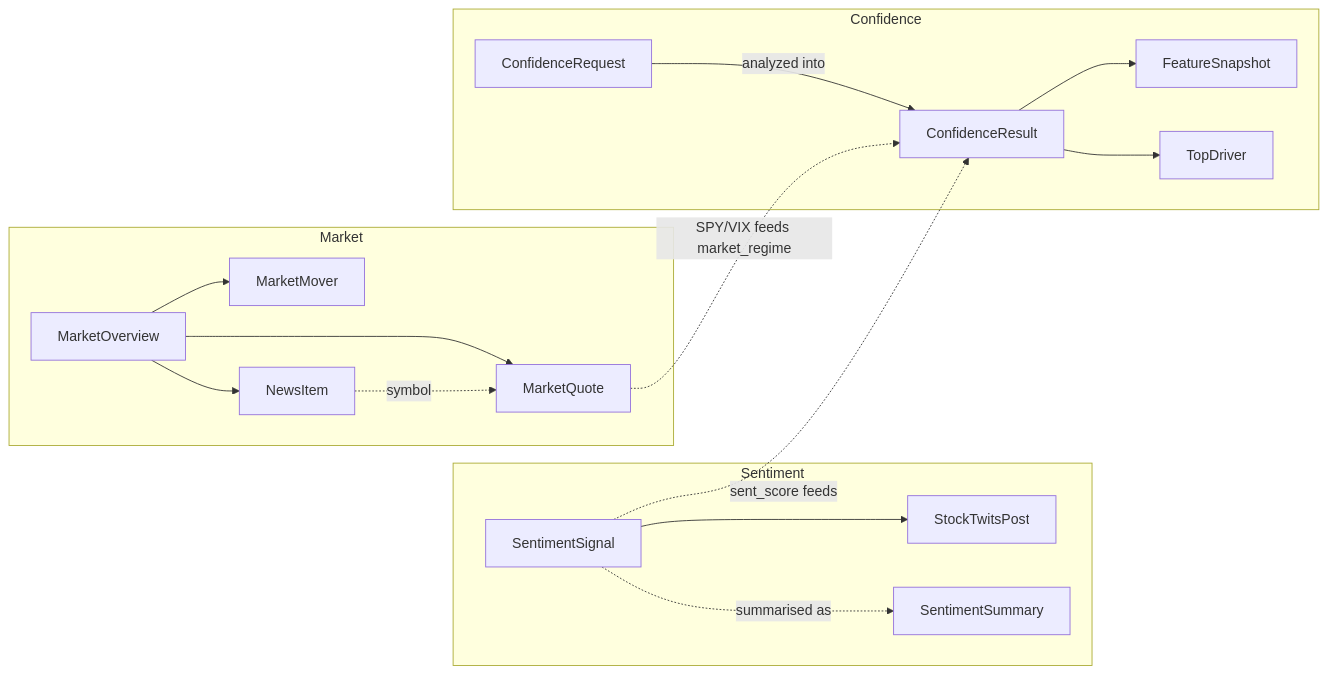
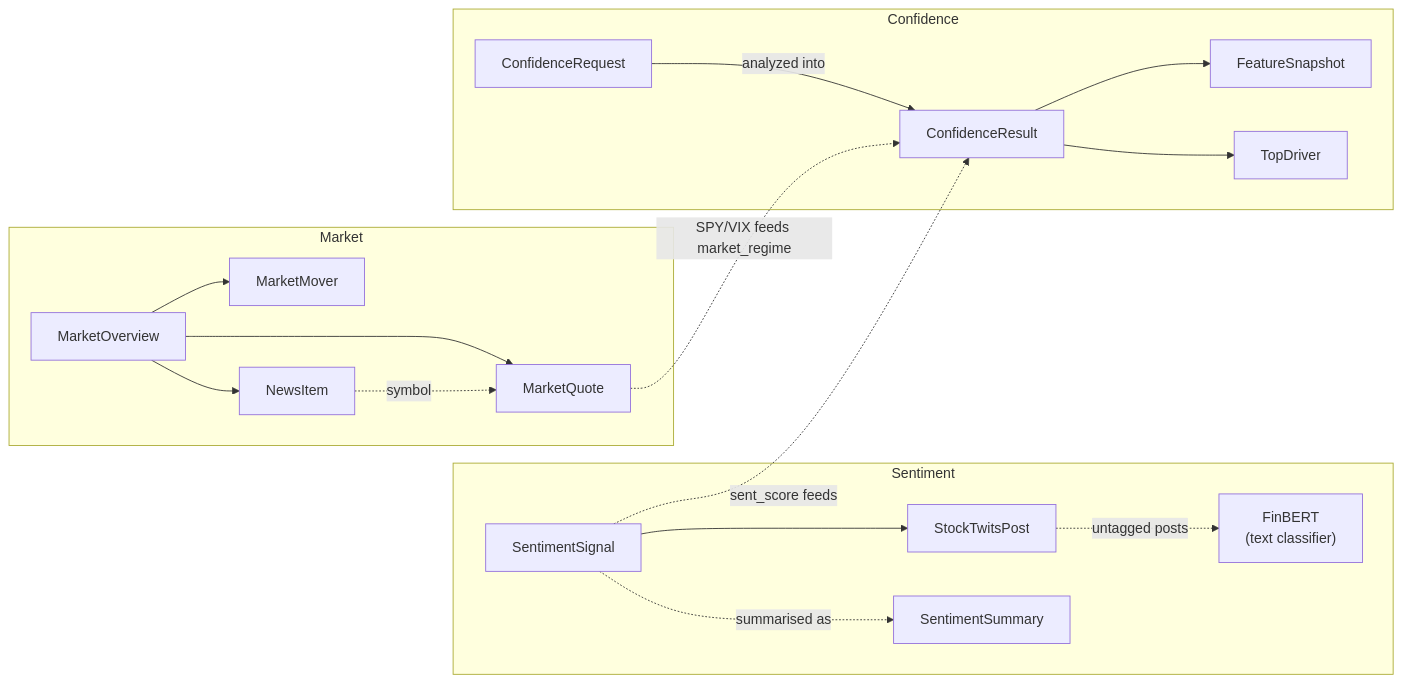
One commit to Joachim-Chuah/senior_project changed the sixth of 9 diagrams in architecture.md. Above: the diagram before and after it, drawn with Mermaid. The commit also changed other lines of this file and 6 other files, not shown here.

First line of the commit message:
Add FinBERT text classification as fallback for untagged StockTwits posts

````diff
--- a/architecture.md
+++ b/architecture.md
@@ -227,21 +239,22 @@
 ```mermaid
 flowchart LR
     subgraph Sentiment
         SentimentSignal --> StockTwitsPost
+        StockTwitsPost -.->|"untagged posts"| FinBERT["FinBERT\n(text classifier)"]
         SentimentSignal -.->|"summarised as"| SentimentSummary
     end
     subgraph Confidence
         ConfidenceRequest -->|"analyzed into"| ConfidenceResult
         ConfidenceResult --> FeatureSnapshot
         ConfidenceResult --> TopDriver
     end
     subgraph Market
         MarketOverview --> MarketQuote
         MarketOverview --> MarketMover
         MarketOverview --> NewsItem
         NewsItem -.->|"symbol"| MarketQuote
     end
 
     SentimentSignal -.->|"sent_score feeds"| ConfidenceResult
     MarketQuote -.->|"SPY/VIX feeds market_regime"| ConfidenceResult
 ```
````
